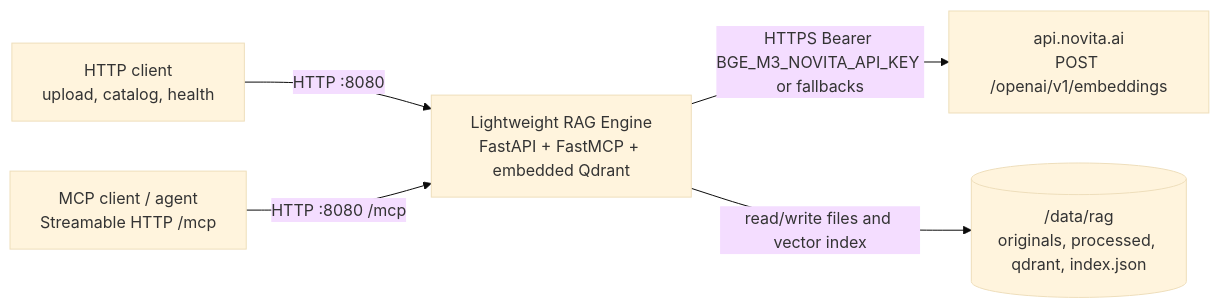
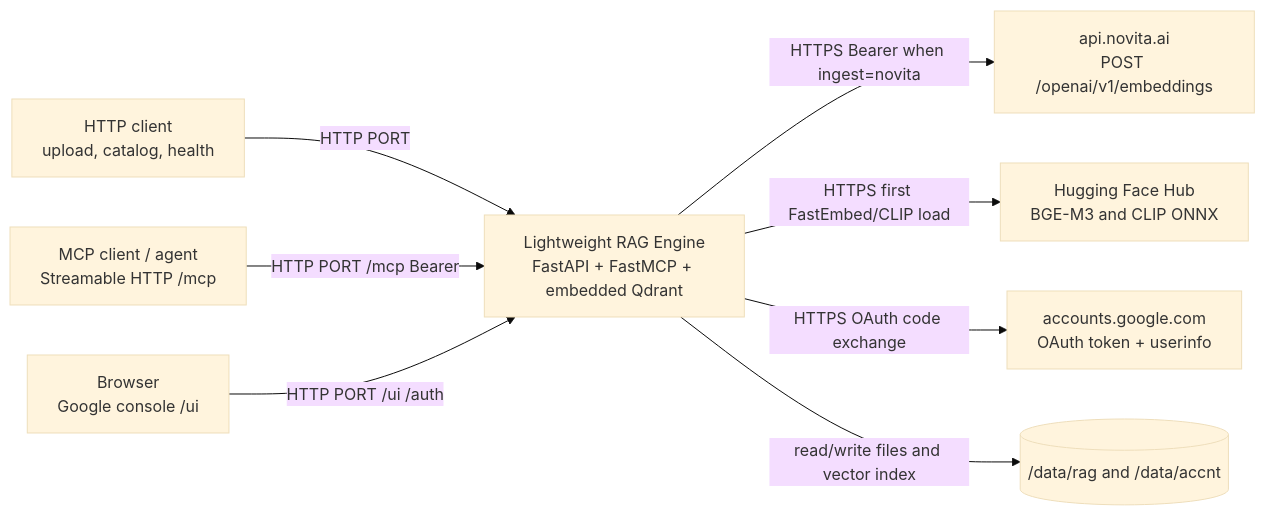
The first of 4 diagrams in docs/ARCHITECTURE.md (mkrejp/fastmcp-rag-timer), drawn with Mermaid (base theme) before and after one commit. The commit also changed other lines of this file and 8 other files, not shown here.

First line of the commit message:
docs: align README, architecture, and connectivity with current main

````diff
--- a/docs/ARCHITECTURE.md
+++ b/docs/ARCHITECTURE.md
@@ -25,13 +26,19 @@
 ```mermaid
 flowchart LR
   httpClient["HTTP client<br/>upload, catalog, health"]
   mcpClient["MCP client / agent<br/>Streamable HTTP /mcp"]
+  browser["Browser<br/>Google console /ui"]
   this["Lightweight RAG Engine<br/>FastAPI + FastMCP + embedded Qdrant"]
   novita["api.novita.ai<br/>POST /openai/v1/embeddings"]
-  disk[("/data/rag<br/>originals, processed, qdrant, index.json")]
+  hf["Hugging Face Hub<br/>BGE-M3 and CLIP ONNX"]
+  google["accounts.google.com<br/>OAuth token + userinfo"]
+  disk[("/data/rag and /data/accnt")]
 
-  httpClient -->|"HTTP :8080"| this
-  mcpClient -->|"HTTP :8080 /mcp"| this
-  this -->|"HTTPS Bearer BGE_M3_NOVITA_API_KEY or fallbacks"| novita
+  httpClient -->|"HTTP PORT"| this
+  mcpClient -->|"HTTP PORT /mcp Bearer"| this
+  browser -->|"HTTP PORT /ui /auth"| this
+  this -->|"HTTPS Bearer when ingest=novita"| novita
+  this -->|"HTTPS first FastEmbed/CLIP load"| hf
+  this -->|"HTTPS OAuth code exchange"| google
   this -->|"read/write files and vector index"| disk
 ```
````
